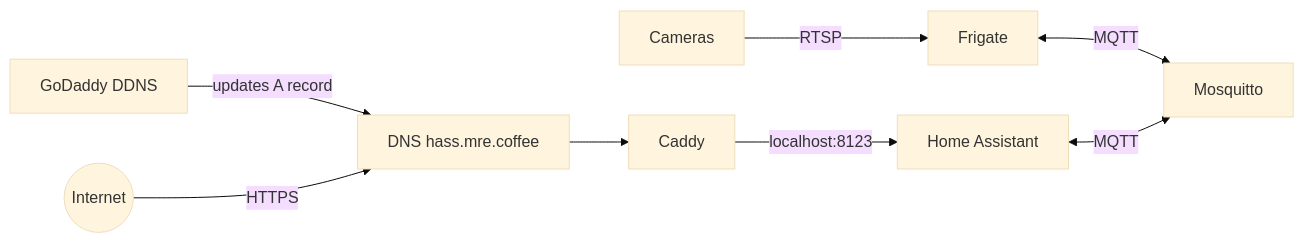
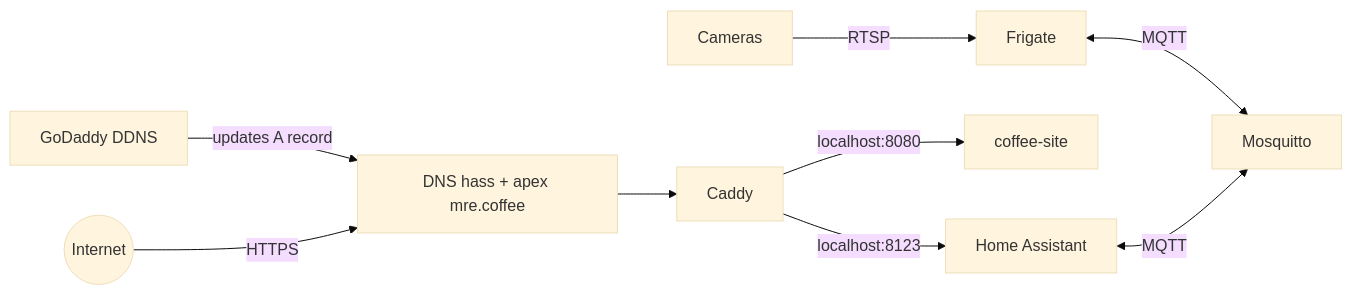
Before and after one commit to etsauer/home-automation-hub: the diagram in README.md, drawn with Mermaid (base theme). The commit also changed other lines of this file and 12 other files, not shown here.

Commit message:
Serve mre.coffee through Caddy and keep the apex A record in DDNS.

````diff
--- a/README.md
+++ b/README.md
@@ -20,19 +20,21 @@
 ```mermaid
 flowchart LR
   Internet((Internet))
   DDNS[GoDaddy DDNS]
-  DNS["DNS hass.mre.coffee"]
+  DNS["DNS hass + apex mre.coffee"]
   Caddy[Caddy]
   HA[Home Assistant]
+  Site[coffee-site]
   Frigate[Frigate]
   MQTT[Mosquitto]
   Cams[Cameras]
 
   DDNS -->|updates A record| DNS
   Internet -->|HTTPS| DNS
   DNS --> Caddy
   Caddy -->|localhost:8123| HA
+  Caddy -->|localhost:8080| Site
   Cams -->|RTSP| Frigate
   Frigate <-->|MQTT| MQTT
   HA <-->|MQTT| MQTT
 ```
````
